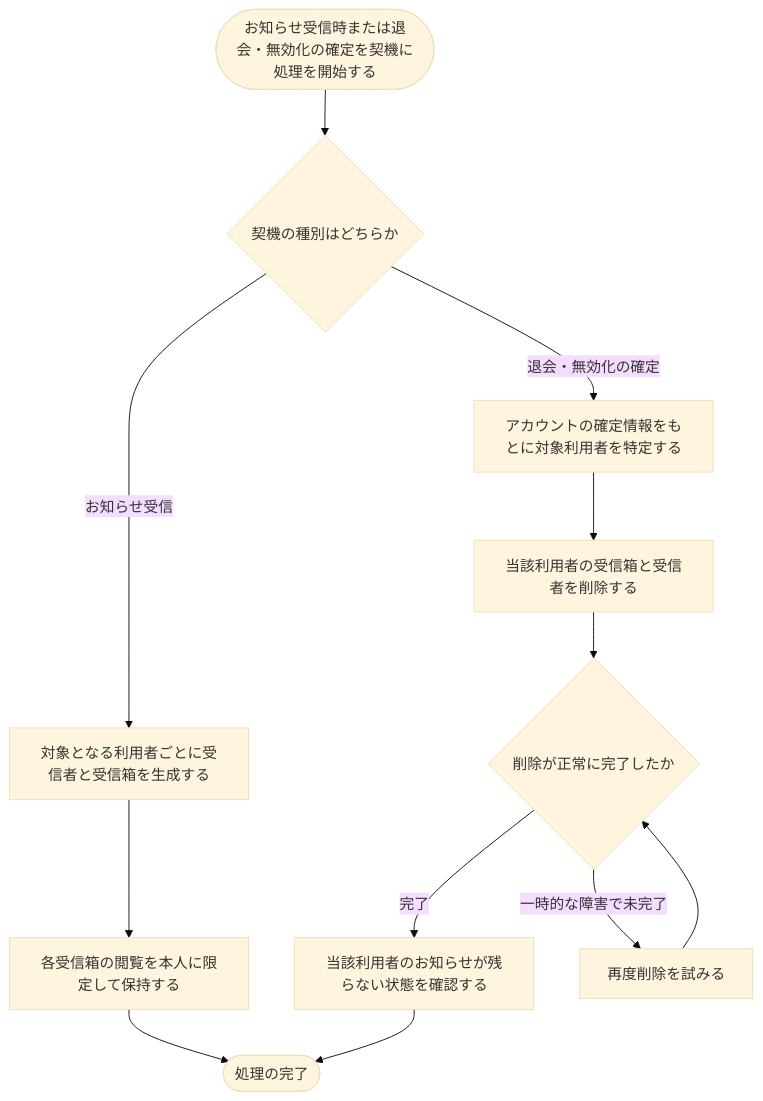
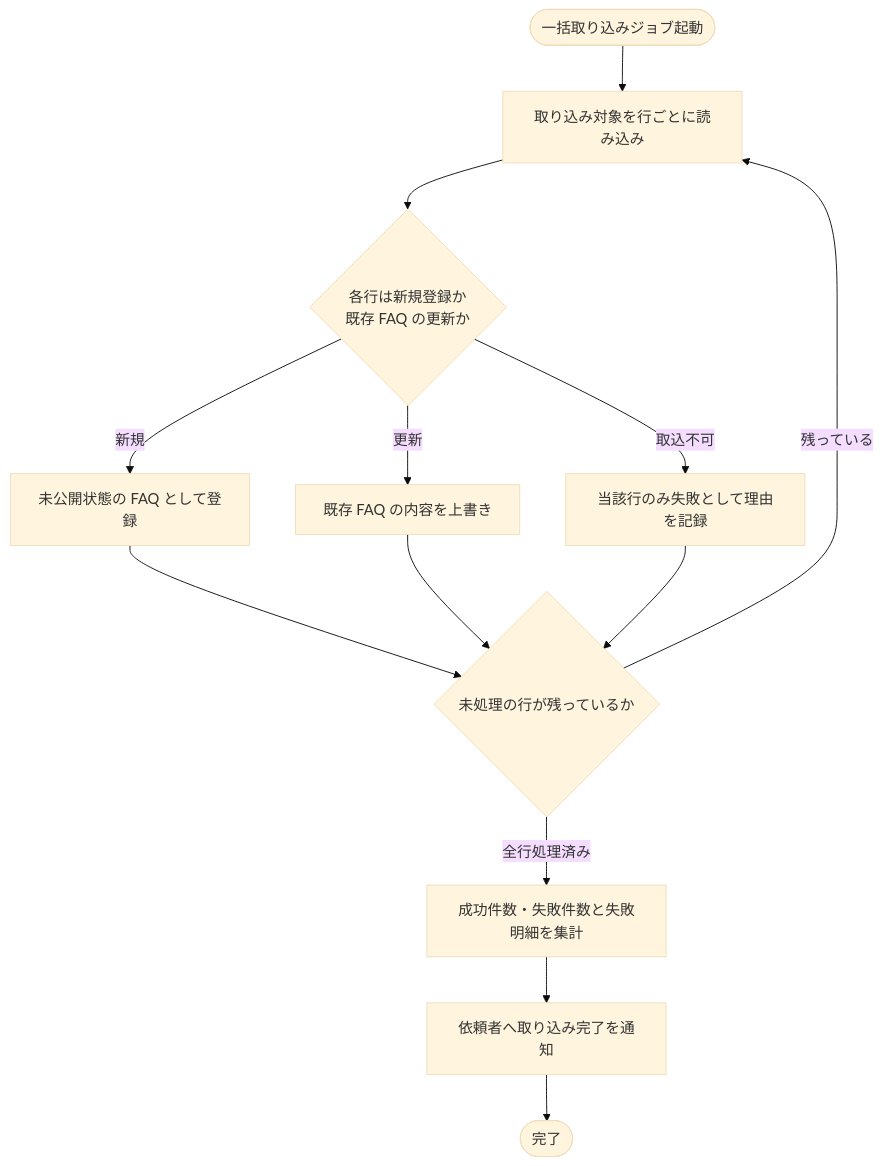
The diagram in 02_basic_design/02_backend/01_system/SYS-014.md (sikakou54/open-faq), drawn with Mermaid (base theme) before and after one commit. The commit also changed other lines of this file and 395 other files, not shown here.

````diff
--- a/02_basic_design/02_backend/01_system/SYS-014.md
+++ b/02_basic_design/02_backend/01_system/SYS-014.md
@@ -28,14 +27,15 @@
 ```mermaid
 flowchart TB
-  A([お知らせ受信時または退会・無効化の確定を契機に処理を開始する]) --> B{契機の種別はどちらか}
-  B -->|お知らせ受信| C[対象となる利用者ごとに受信者と受信箱を生成する]
-  C --> D[各受信箱の閲覧を本人に限定して保持する]
-  D --> Z([処理の完了])
-  B -->|退会・無効化の確定| E[アカウントの確定情報をもとに対象利用者を特定する]
-  E --> F[当該利用者の受信箱と受信者を削除する]
-  F --> G{削除が正常に完了したか}
-  G -->|完了| H[当該利用者のお知らせが残らない状態を確認する]
-  H --> Z
-  G -->|一時的な障害で未完了| I[再度削除を試みる]
-  I --> G
+  S([一括取り込みジョブ起動]) --> A[取り込み対象を行ごとに読み込み]
+  A --> B{各行は新規登録か<br/>既存 FAQ の更新か}
+  B -- 新規 --> C[未公開状態の FAQ として登録]
+  B -- 更新 --> D[既存 FAQ の内容を上書き]
+  B -- 取込不可 --> E[当該行のみ失敗として理由を記録]
+  C --> F{未処理の行が残っているか}
+  D --> F
+  E --> F
+  F -- 残っている --> A
+  F -- 全行処理済み --> G[成功件数・失敗件数と失敗明細を集計]
+  G --> H[依頼者へ取り込み完了を通知]
+  H --> I([完了])
 ```
````
